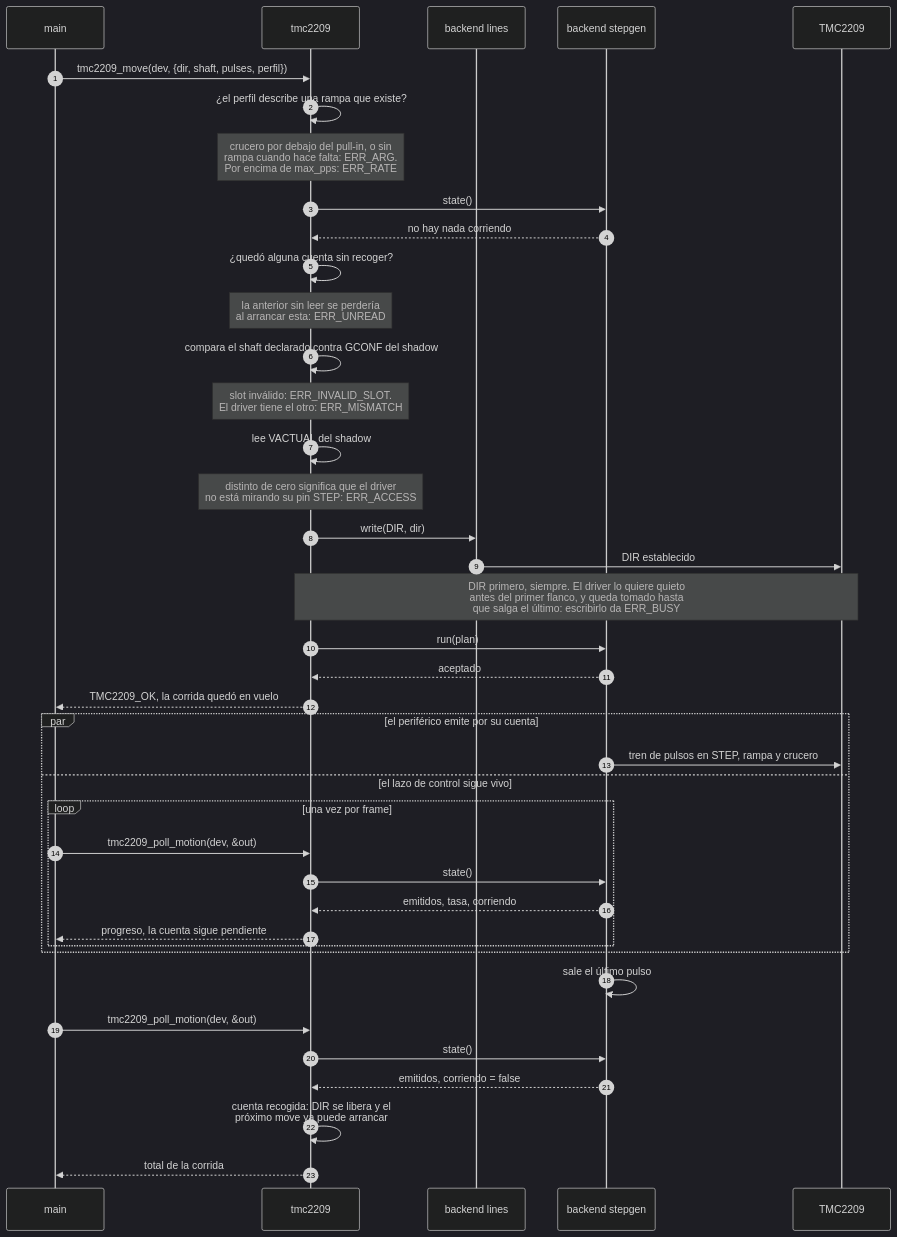
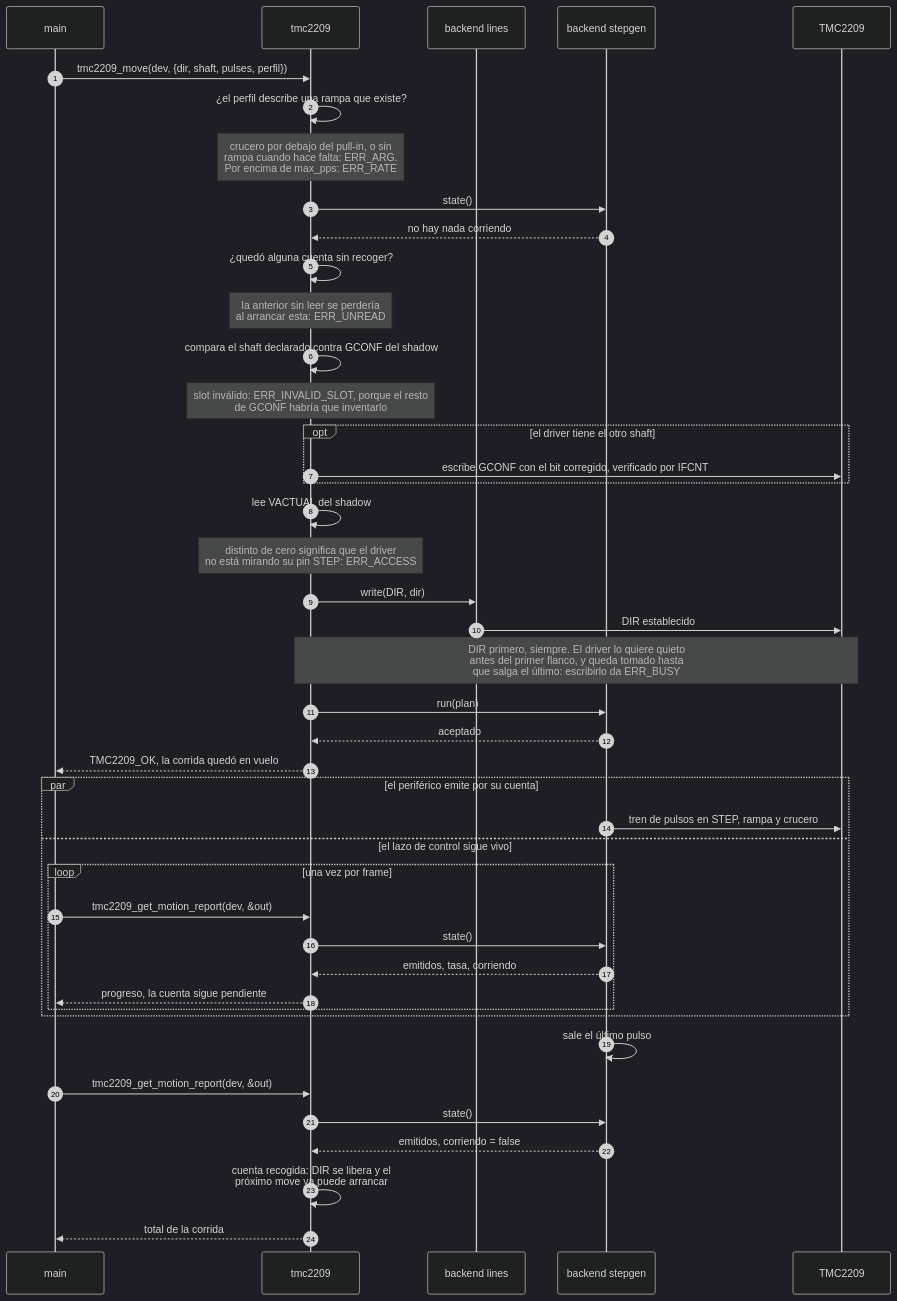
The fourth of 4 diagrams in firmware/docs/README.md (stefaema/STEF), drawn with Mermaid (dark theme) before and after one commit. The commit also changed other lines of this file and 6 other files, not shown here.

Commit message:
firmware: Rename polling functions for clarity: replace `tmc2209_poll_motion` with `tmc2209_get_motion_report` across documentation, implementation, and tests.

````diff
--- a/firmware/docs/README.md
+++ b/firmware/docs/README.md
@@ -239,46 +241,49 @@
 ```mermaid
 sequenceDiagram
     autonumber
     participant App as main
     participant Lib as tmc2209
     participant Pins as backend lines
     participant Gen as backend stepgen
     participant Drv as TMC2209
 
     App->>Lib: tmc2209_move(dev, {dir, shaft, pulses, perfil})
     Lib->>Lib: ¿el perfil describe una rampa que existe?
     Note over Lib: crucero por debajo del pull-in, o sin<br/>rampa cuando hace falta: ERR_ARG.<br/>Por encima de max_pps: ERR_RATE
     Lib->>Gen: state()
     Gen-->>Lib: no hay nada corriendo
     Lib->>Lib: ¿quedó alguna cuenta sin recoger?
     Note over Lib: la anterior sin leer se perdería<br/>al arrancar esta: ERR_UNREAD
     Lib->>Lib: compara el shaft declarado contra GCONF del shadow
-    Note over Lib: slot inválido: ERR_INVALID_SLOT.<br/>El driver tiene el otro: ERR_MISMATCH
+    Note over Lib: slot inválido: ERR_INVALID_SLOT, porque el resto<br/>de GCONF habría que inventarlo
+    opt el driver tiene el otro shaft
+        Lib->>Drv: escribe GCONF con el bit corregido, verificado por IFCNT
+    end
     Lib->>Lib: lee VACTUAL del shadow
     Note over Lib: distinto de cero significa que el driver<br/>no está mirando su pin STEP: ERR_ACCESS
 
     Lib->>Pins: write(DIR, dir)
     Pins->>Drv: DIR establecido
     Note over Lib,Drv: DIR primero, siempre. El driver lo quiere quieto<br/>antes del primer flanco, y queda tomado hasta<br/>que salga el último: escribirlo da ERR_BUSY
     Lib->>Gen: run(plan)
     Gen-->>Lib: aceptado
     Lib-->>App: TMC2209_OK, la corrida quedó en vuelo
 
     par el periférico emite por su cuenta
         Gen->>Drv: tren de pulsos en STEP, rampa y crucero
     and el lazo de control sigue vivo
         loop una vez por frame
-            App->>Lib: tmc2209_poll_motion(dev, &out)
+            App->>Lib: tmc2209_get_motion_report(dev, &out)
             Lib->>Gen: state()
             Gen-->>Lib: emitidos, tasa, corriendo
             Lib-->>App: progreso, la cuenta sigue pendiente
         end
     end
 
     Gen->>Gen: sale el último pulso
-    App->>Lib: tmc2209_poll_motion(dev, &out)
+    App->>Lib: tmc2209_get_motion_report(dev, &out)
     Lib->>Gen: state()
     Gen-->>Lib: emitidos, corriendo = false
     Lib->>Lib: cuenta recogida: DIR se libera y el<br/>próximo move ya puede arrancar
     Lib-->>App: total de la corrida
 ```
````
